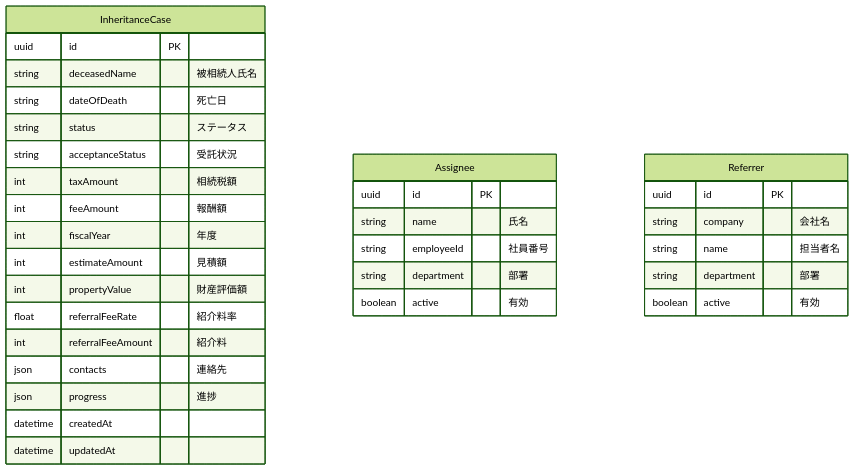
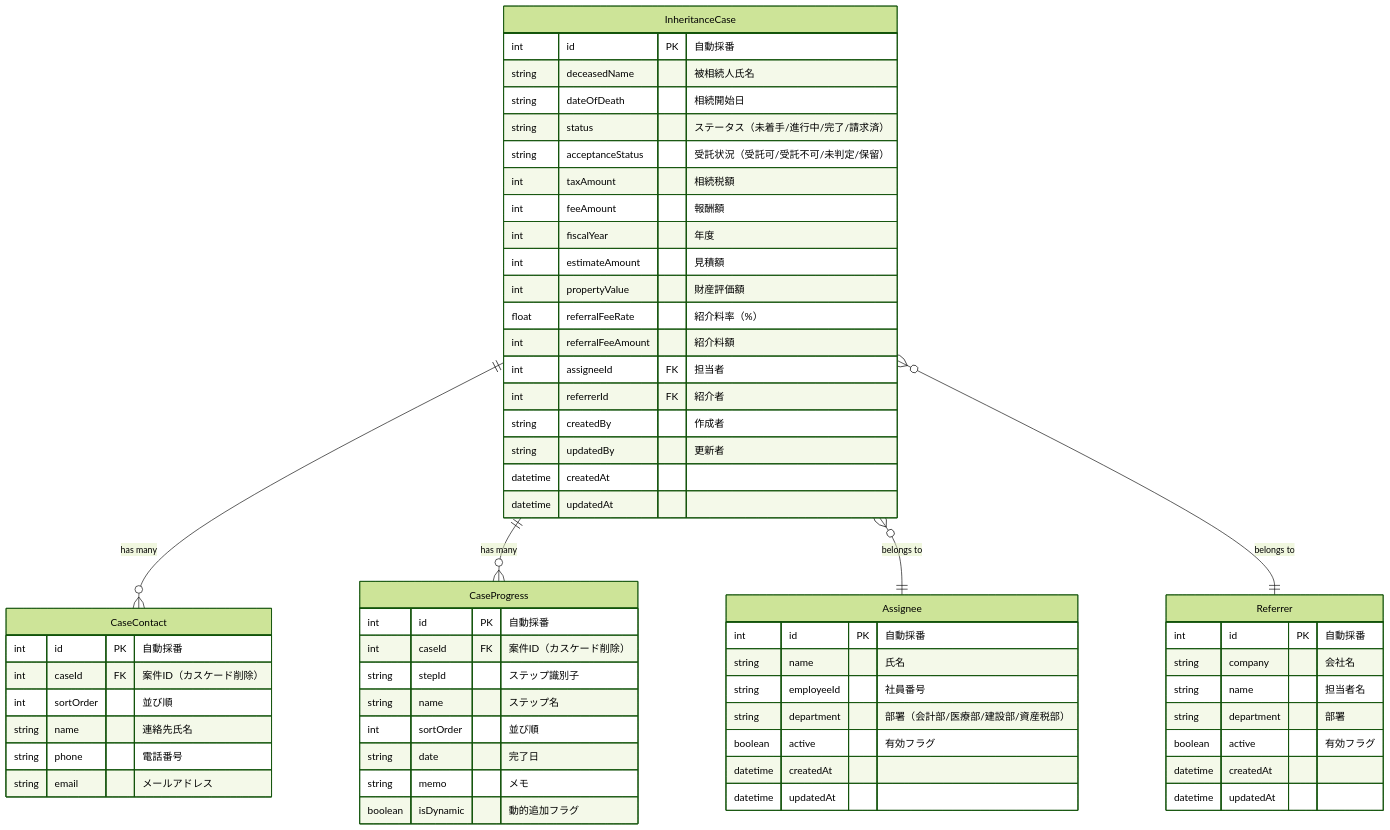
Before and after one commit to kojima1978/tax_apps: the diagram in apps/inheritance-case-management/README.md, drawn with Mermaid (forest theme). The commit also changed other lines of this file and 25 other files, not shown here.

First line of the commit message:
refactor(itcm): スキーマ正規化（UUID→integer ID、JSON→子テーブル、FK関連付け）

````diff
--- a/apps/inheritance-case-management/README.md
+++ b/apps/inheritance-case-management/README.md
@@ -114,37 +250,68 @@
 ```mermaid
 erDiagram
+    InheritanceCase ||--o{ CaseContact : "has many"
+    InheritanceCase ||--o{ CaseProgress : "has many"
+    InheritanceCase }o--|| Assignee : "belongs to"
+    InheritanceCase }o--|| Referrer : "belongs to"
+
     InheritanceCase {
-        uuid id PK
+        int id PK "自動採番"
         string deceasedName "被相続人氏名"
-        string dateOfDeath "死亡日"
-        string status "ステータス"
-        string acceptanceStatus "受託状況"
+        string dateOfDeath "相続開始日"
+        string status "ステータス（未着手/進行中/完了/請求済）"
+        string acceptanceStatus "受託状況（受託可/受託不可/未判定/保留）"
         int taxAmount "相続税額"
         int feeAmount "報酬額"
         int fiscalYear "年度"
         int estimateAmount "見積額"
         int propertyValue "財産評価額"
-        float referralFeeRate "紹介料率"
-        int referralFeeAmount "紹介料"
-        json contacts "連絡先"
-        json progress "進捗"
+        float referralFeeRate "紹介料率（%）"
+        int referralFeeAmount "紹介料額"
+        int assigneeId FK "担当者"
+        int referrerId FK "紹介者"
+        string createdBy "作成者"
+        string updatedBy "更新者"
         datetime createdAt
         datetime updatedAt
     }
 
     Assignee {
-        uuid id PK
+        int id PK "自動採番"
         string name "氏名"
         string employeeId "社員番号"
-        string department "部署"
-        boolean active "有効"
+        string department "部署（会計部/医療部/建設部/資産税部）"
+        boolean active "有効フラグ"
+        datetime createdAt
+        datetime updatedAt
     }
 
     Referrer {
-        uuid id PK
+        int id PK "自動採番"
         string company "会社名"
         string name "担当者名"
         string department "部署"
-        boolean active "有効"
+        boolean active "有効フラグ"
+        datetime createdAt
+        datetime updatedAt
+    }
+
+    CaseContact {
+        int id PK "自動採番"
+        int caseId FK "案件ID（カスケード削除）"
+        int sortOrder "並び順"
+        string name "連絡先氏名"
+        string phone "電話番号"
+        string email "メールアドレス"
+    }
+
+    CaseProgress {
+        int id PK "自動採番"
+        int caseId FK "案件ID（カスケード削除）"
+        string stepId "ステップ識別子"
+        string name "ステップ名"
+        int sortOrder "並び順"
+        string date "完了日"
+        string memo "メモ"
+        boolean isDynamic "動的追加フラグ"
     }
 ```
````
